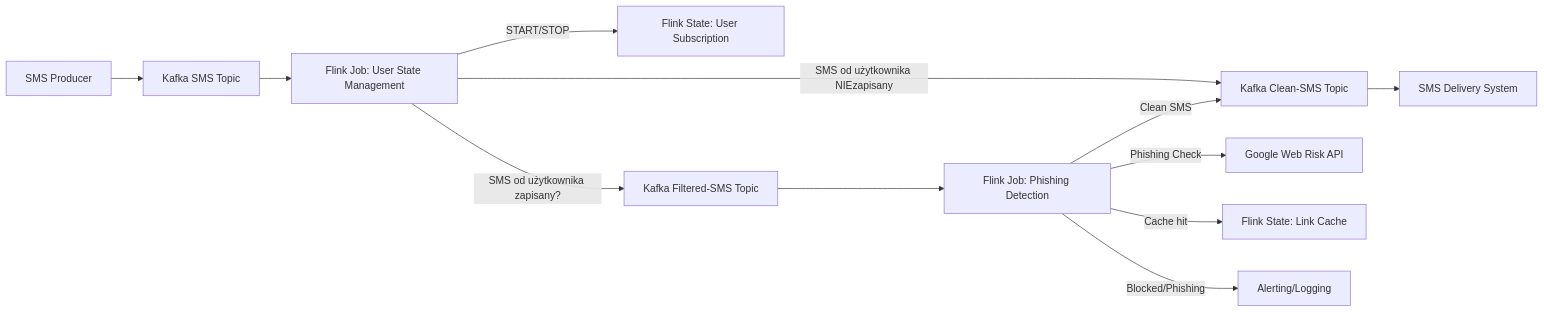
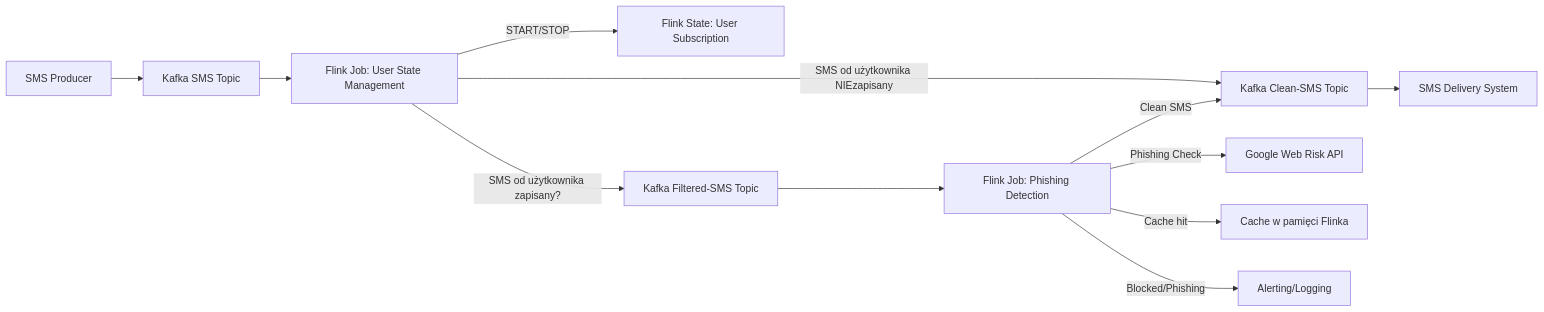
The diagram in README.md (coder-greg/sms_phishing), drawn with Mermaid before and after one commit. The commit also changed other lines of this file, not shown here.

````diff
--- a/README.md
+++ b/README.md
@@ -56,14 +55,14 @@
 ```mermaid
 flowchart LR
     A[SMS Producer] --> B[Kafka SMS Topic]
     B --> C[Flink Job: User State Management]
     C -->|START/STOP| D[Flink State: User Subscription]
     C -->|SMS od użytkownika zapisany?| E[Kafka Filtered-SMS Topic]
     C -->|SMS od użytkownika NIEzapisany| H[Kafka Clean-SMS Topic]
     E --> F[Flink Job: Phishing Detection]
     F -->|Phishing Check| G[Google Web Risk API]
-    F -->|Cache hit| K[Flink State: Link Cache]
+    F -->|Cache hit| K[Cache w pamięci Flinka]
     F -->|Clean SMS| H
     H --> I[SMS Delivery System]
     F -->|Blocked/Phishing| J[Alerting/Logging]
 ```
````
